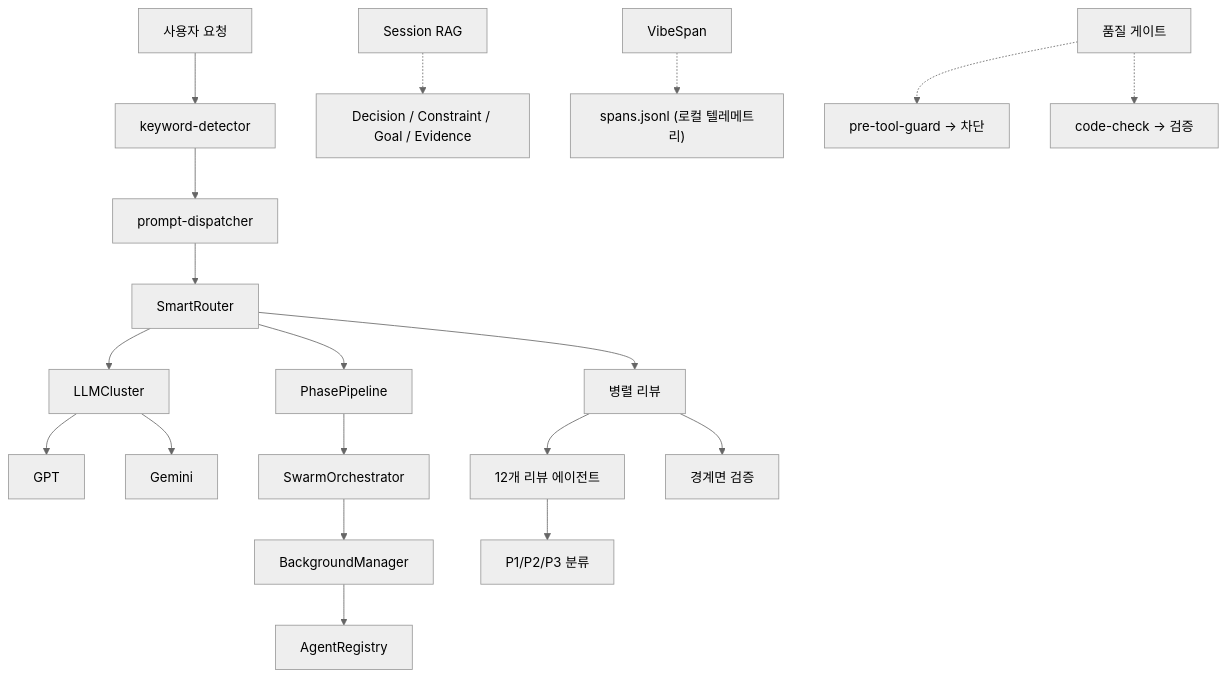
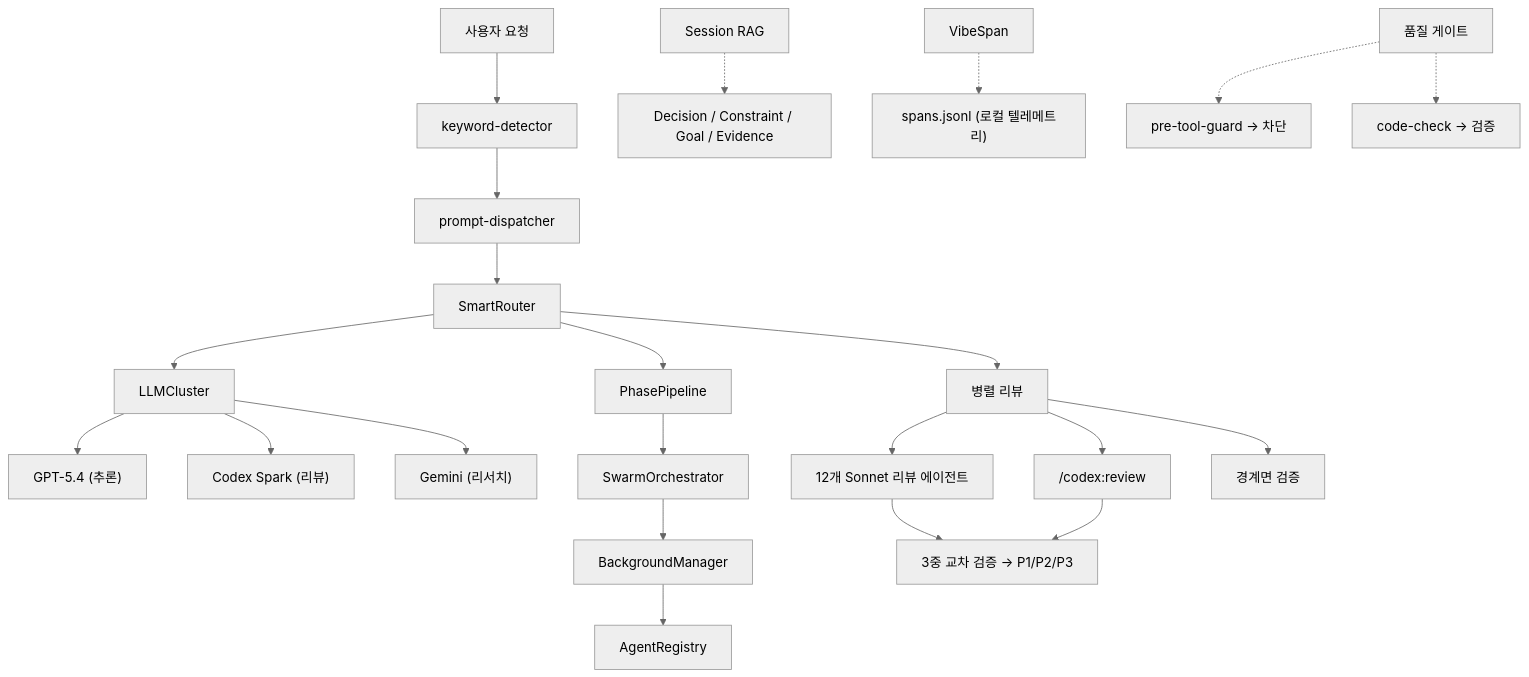
The second of 2 diagrams in README.md (su-record/vibe), drawn with Mermaid (neutral theme) before and after one commit. The commit also changed other lines of this file, not shown here.

First line of the commit message:
docs: update README with Codex plugin workflow integration and dynamic model routing

````diff
--- a/README.md
+++ b/README.md
@@ -494,25 +511,28 @@
 ```mermaid
 flowchart TD
     A["사용자 요청"] --> B["keyword-detector"]
     B --> C["prompt-dispatcher"]
     C --> D["SmartRouter"]
 
     D --> E["LLMCluster"]
-    E --> E1["GPT"]
-    E --> E2["Gemini"]
+    E --> E1["GPT-5.4 (추론)"]
+    E --> E2["Codex Spark (리뷰)"]
+    E --> E3["Gemini (리서치)"]
 
     D --> F["PhasePipeline"]
     F --> G["SwarmOrchestrator"]
     G --> H["BackgroundManager"]
     H --> I["AgentRegistry"]
 
     D --> J["병렬 리뷰"]
-    J --> J1["12개 리뷰 에이전트"]
-    J1 --> K["P1/P2/P3 분류"]
-    J --> J2["경계면 검증"]
+    J --> J1["12개 Sonnet 리뷰 에이전트"]
+    J --> J2["/codex:review"]
+    J1 --> K["3중 교차 검증 → P1/P2/P3"]
+    J2 --> K
+    J --> J3["경계면 검증"]
 
     L["Session RAG"] -.-> M["Decision / Constraint / Goal / Evidence"]
     N["VibeSpan"] -.-> O["spans.jsonl (로컬 텔레메트리)"]
     P["품질 게이트"] -.-> Q["pre-tool-guard → 차단"]
     P -.-> R["code-check → 검증"]
 ```
````
